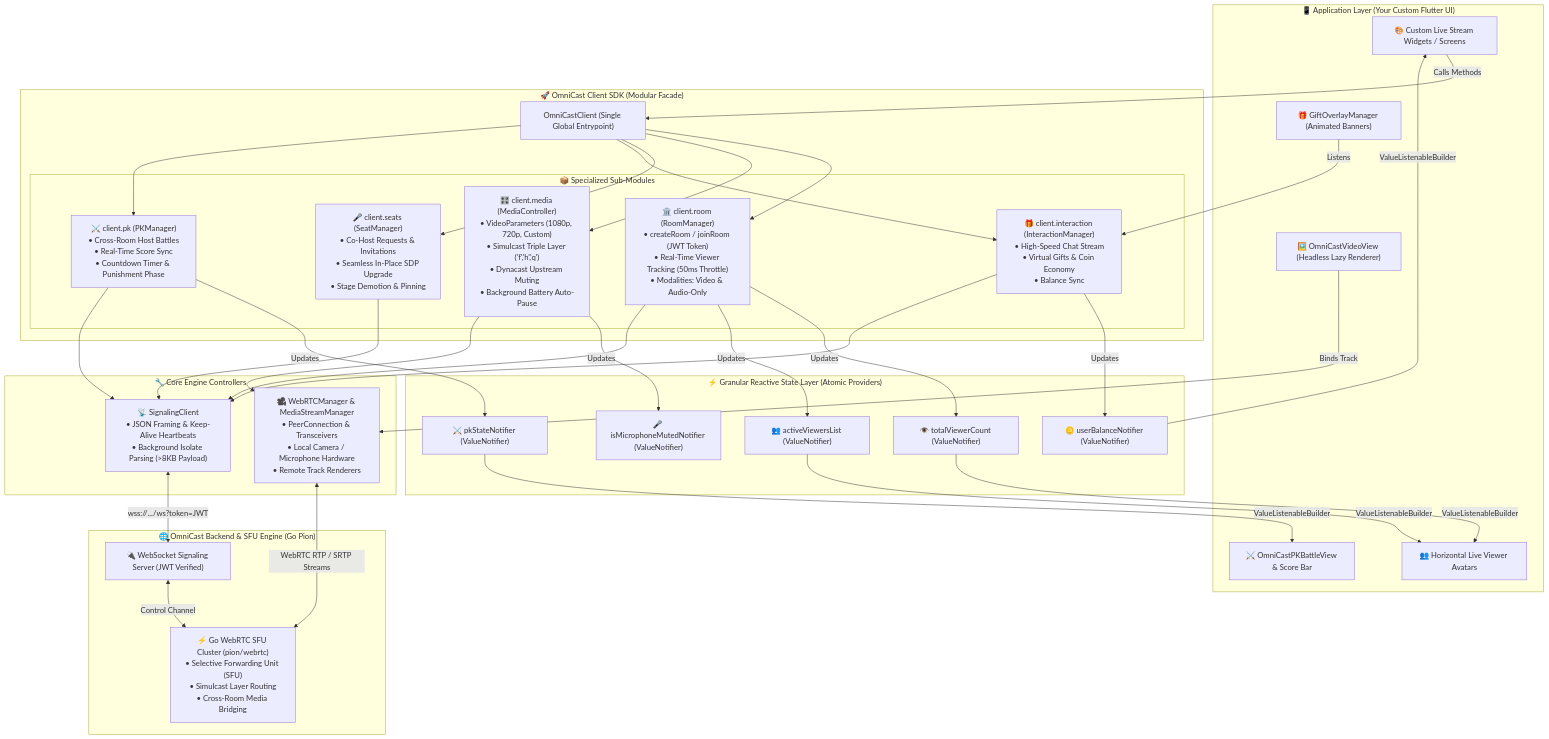
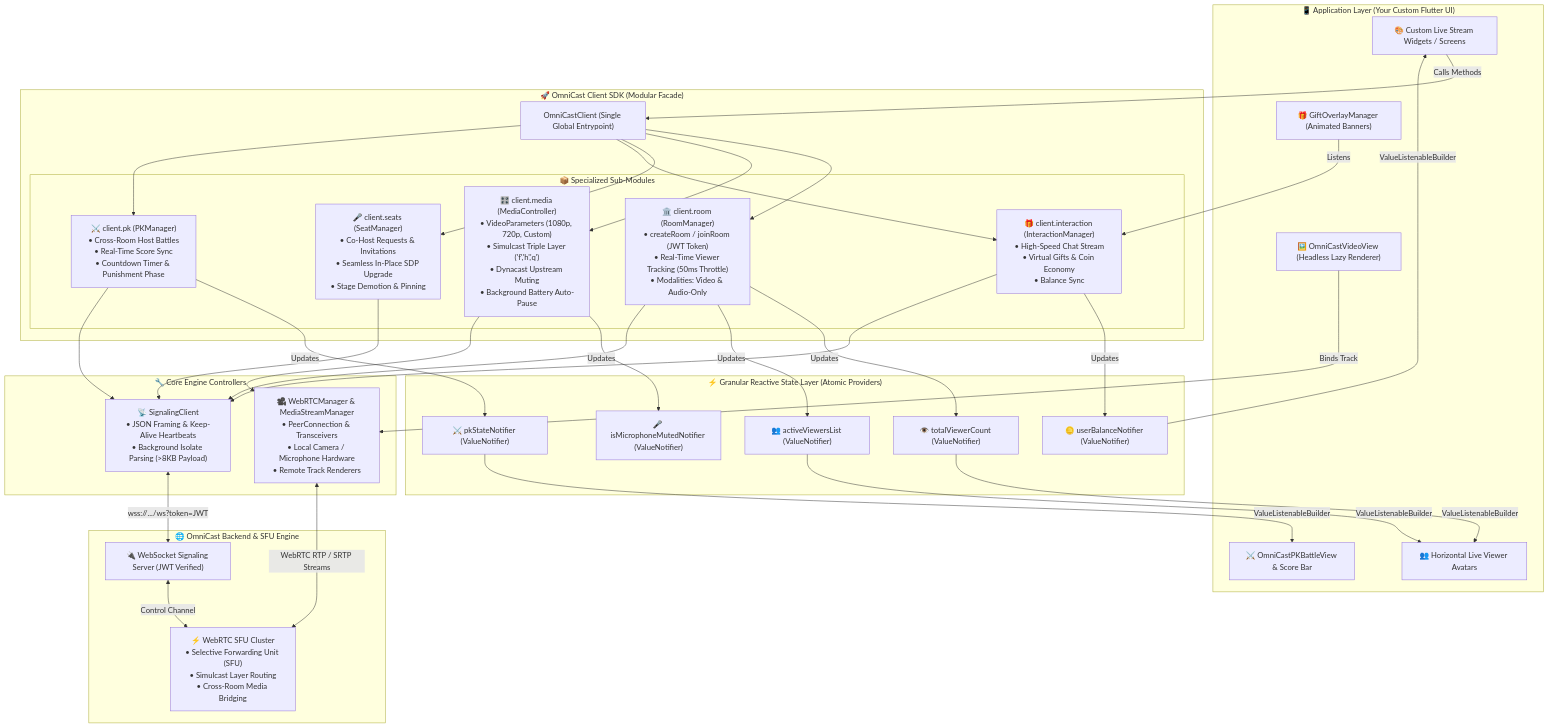
One commit to Meharab-Islam/Flutter-Omnicast-Client changed the diagram in README.md. Above: the diagram before and after it, drawn with Mermaid. The commit also changed other lines of this file, not shown here.

Commit message:
docs(readme): make engine descriptions and diagrams language-agnostic

````diff
--- a/README.md
+++ b/README.md
@@ -37,72 +37,72 @@
 ```mermaid
 graph TD
     subgraph UI ["📱 Application Layer (Your Custom Flutter UI)"]
         CustomUI["🎨 Custom Live Stream Widgets / Screens"]
         VideoView["🖼️ OmniCastVideoView (Headless Lazy Renderer)"]
         AvatarBar["👥 Horizontal Live Viewer Avatars"]
         PKBattleStage["⚔️ OmniCastPKBattleView & Score Bar"]
         GiftOverlay["🎁 GiftOverlayManager (Animated Banners)"]
     end
 
     subgraph StateLayer ["⚡ Granular Reactive State Layer (Atomic Providers)"]
         VN1["👁️ totalViewerCount (ValueNotifier)"]
         VN2["👥 activeViewersList (ValueNotifier)"]
         VN3["⚔️ pkStateNotifier (ValueNotifier)"]
         VN4["🪙 userBalanceNotifier (ValueNotifier)"]
         VN5["🎤 isMicrophoneMutedNotifier (ValueNotifier)"]
     end
 
     subgraph CoreSDK ["🚀 OmniCast Client SDK (Modular Facade)"]
         Facade["OmniCastClient (Single Global Entrypoint)"]
         
         subgraph SubModules ["📦 Specialized Sub-Modules"]
             Room["🏛️ client.room (RoomManager)<br/>• createRoom / joinRoom (JWT Token)<br/>• Real-Time Viewer Tracking (50ms Throttle)<br/>• Modalities: Video & Audio-Only"]
             Media["🎛️ client.media (MediaController)<br/>• VideoParameters (1080p, 720p, Custom)<br/>• Simulcast Triple Layer ('f','h','q')<br/>• Dynacast Upstream Muting<br/>• Background Battery Auto-Pause"]
             Seats["🎤 client.seats (SeatManager)<br/>• Co-Host Requests & Invitations<br/>• Seamless In-Place SDP Upgrade<br/>• Stage Demotion & Pinning"]
             Interaction["🎁 client.interaction (InteractionManager)<br/>• High-Speed Chat Stream<br/>• Virtual Gifts & Coin Economy<br/>• Balance Sync"]
             PK["⚔️ client.pk (PKManager)<br/>• Cross-Room Host Battles<br/>• Real-Time Score Sync<br/>• Countdown Timer & Punishment Phase"]
         end
     end
 
     subgraph LowLevel ["🔧 Core Engine Controllers"]
         Signaling["📡 SignalingClient<br/>• JSON Framing & Keep-Alive Heartbeats<br/>• Background Isolate Parsing (>8KB Payload)"]
         WebRTC["🎥 WebRTCManager & MediaStreamManager<br/>• PeerConnection & Transceivers<br/>• Local Camera / Microphone Hardware<br/>• Remote Track Renderers"]
     end
 
-    subgraph BackendEngine ["🌐 OmniCast Backend & SFU Engine (Go Pion)"]
+    subgraph BackendEngine ["🌐 OmniCast Backend & SFU Engine"]
         WSServer["🔌 WebSocket Signaling Server (JWT Verified)"]
-        SFU["⚡ Go WebRTC SFU Cluster (pion/webrtc)<br/>• Selective Forwarding Unit (SFU)<br/>• Simulcast Layer Routing<br/>• Cross-Room Media Bridging"]
+        SFU["⚡ WebRTC SFU Cluster<br/>• Selective Forwarding Unit (SFU)<br/>• Simulcast Layer Routing<br/>• Cross-Room Media Bridging"]
     end
 
     %% UI & Facade Connections
     CustomUI -->|"Calls Methods"| Facade
     VideoView -->|"Binds Track"| WebRTC
     GiftOverlay -->|"Listens"| Interaction
     
     Facade --> Room
     Facade --> Media
     Facade --> Seats
     Facade --> Interaction
     Facade --> PK
 
     %% State Bindings
     Room -->|"Updates"| VN1 & VN2
     PK -->|"Updates"| VN3
     Interaction -->|"Updates"| VN4
     Media -->|"Updates"| VN5
 
     VN1 & VN2 -->|"ValueListenableBuilder"| AvatarBar
     VN3 -->|"ValueListenableBuilder"| PKBattleStage
     VN4 -->|"ValueListenableBuilder"| CustomUI
     
     %% Engine Bindings
     Room --> Signaling
     Seats --> Signaling
     Interaction --> Signaling
     PK --> Signaling
     Media --> WebRTC
 
     Signaling <-->|"wss://.../ws?token=JWT"| WSServer
     WebRTC <-->|"WebRTC RTP / SRTP Streams"| SFU
     WSServer <-->|"Control Channel"| SFU
 ```
````
